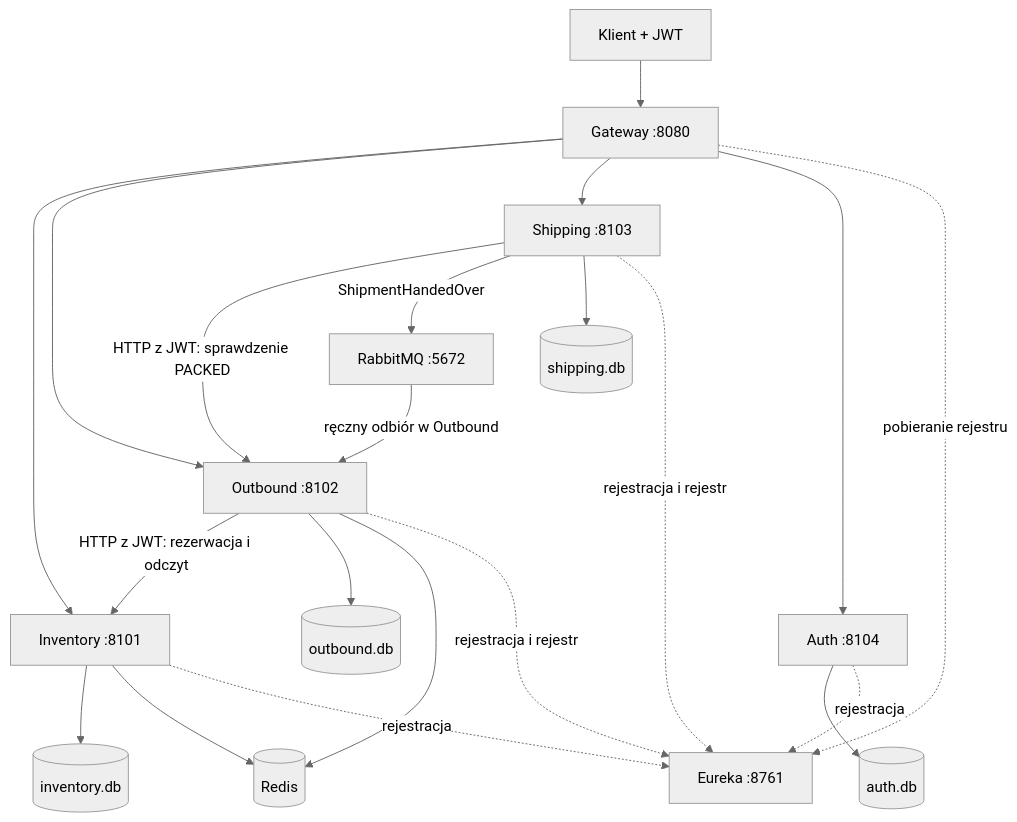
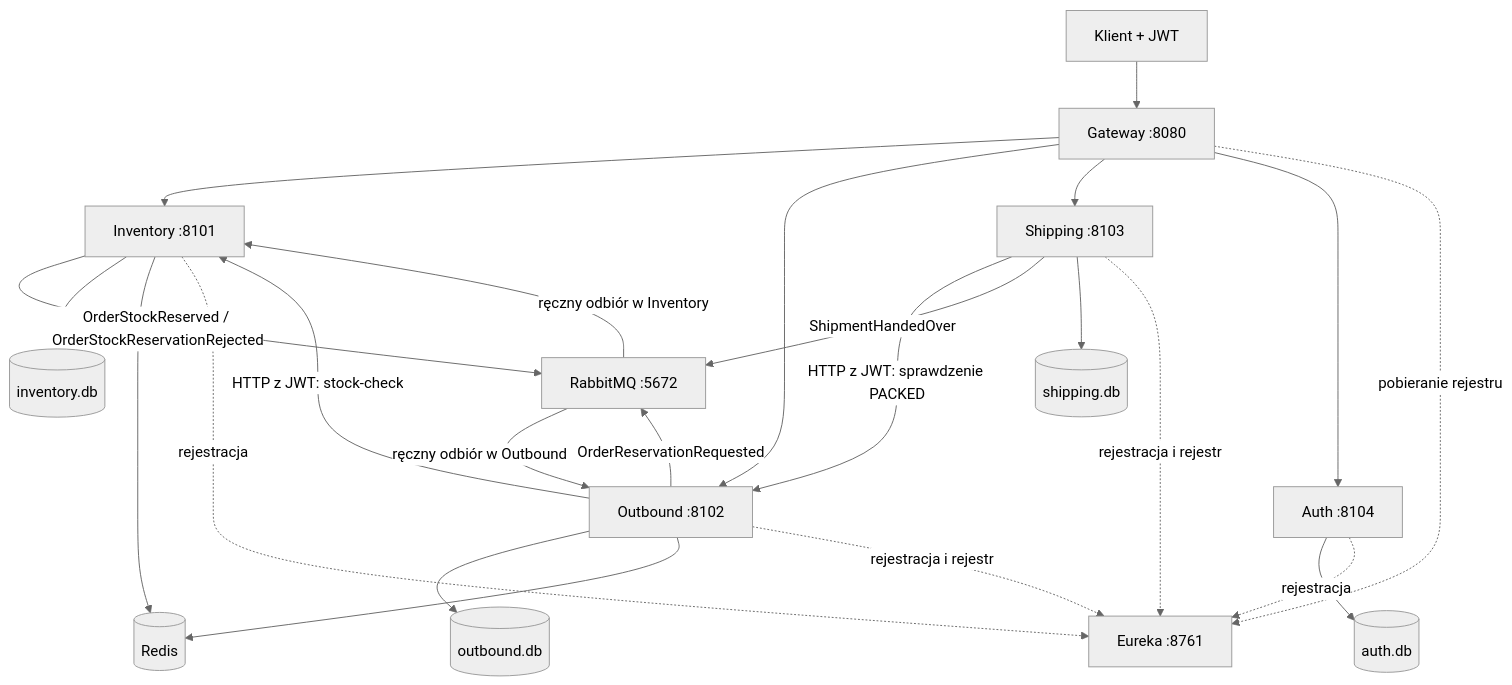
One commit to M3T1X1/web_microservices changed the second of 5 diagrams in README.md. Above: the diagram before and after it, drawn with Mermaid (neutral theme). The commit also changed other lines of this file and 32 other files, not shown here.

Commit message:
feat: implement manual product reservation flow

````diff
--- a/README.md
+++ b/README.md
@@ -232,23 +245,26 @@
 ```mermaid
 flowchart TB
     C[Klient + JWT] --> G[Gateway :8080]
     G --> I[Inventory :8101]
     G --> O[Outbound :8102]
     G --> S[Shipping :8103]
     G --> A[Auth :8104]
-    O -->|HTTP z JWT: rezerwacja i odczyt| I
+    O -->|HTTP z JWT: stock-check| I
     S -->|HTTP z JWT: sprawdzenie PACKED| O
     S -->|ShipmentHandedOver| B[RabbitMQ :5672]
     B -->|ręczny odbiór w Outbound| O
+    O -->|OrderReservationRequested| B
+    B -->|ręczny odbiór w Inventory| I
+    I -->|OrderStockReserved / OrderStockReservationRejected| B
     I --> ID[(inventory.db)]
     O --> OD[(outbound.db)]
     S --> SD[(shipping.db)]
     A --> AD[(auth.db)]
     I --> R[(Redis)]
     O --> R
     G -. pobieranie rejestru .-> E[Eureka :8761]
     I -. rejestracja .-> E
     O -. rejestracja i rejestr .-> E
     S -. rejestracja i rejestr .-> E
     A -. rejestracja .-> E
 ```
````
